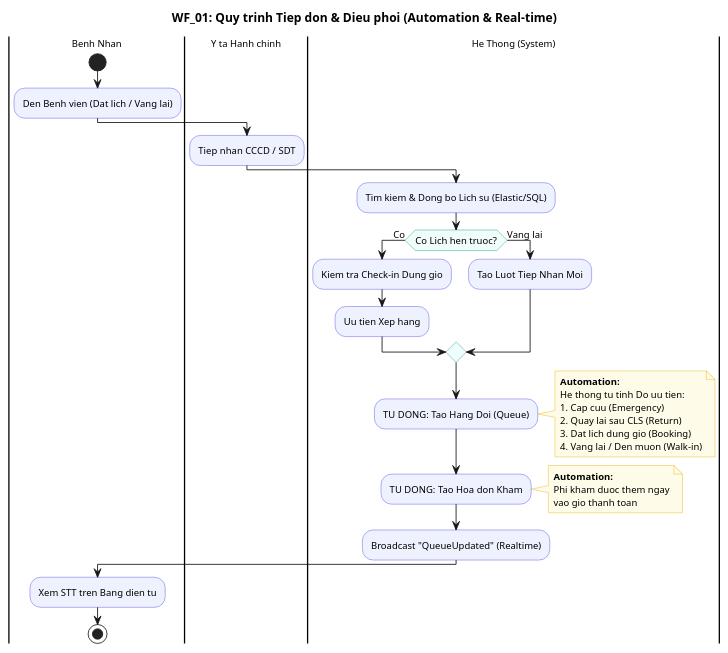
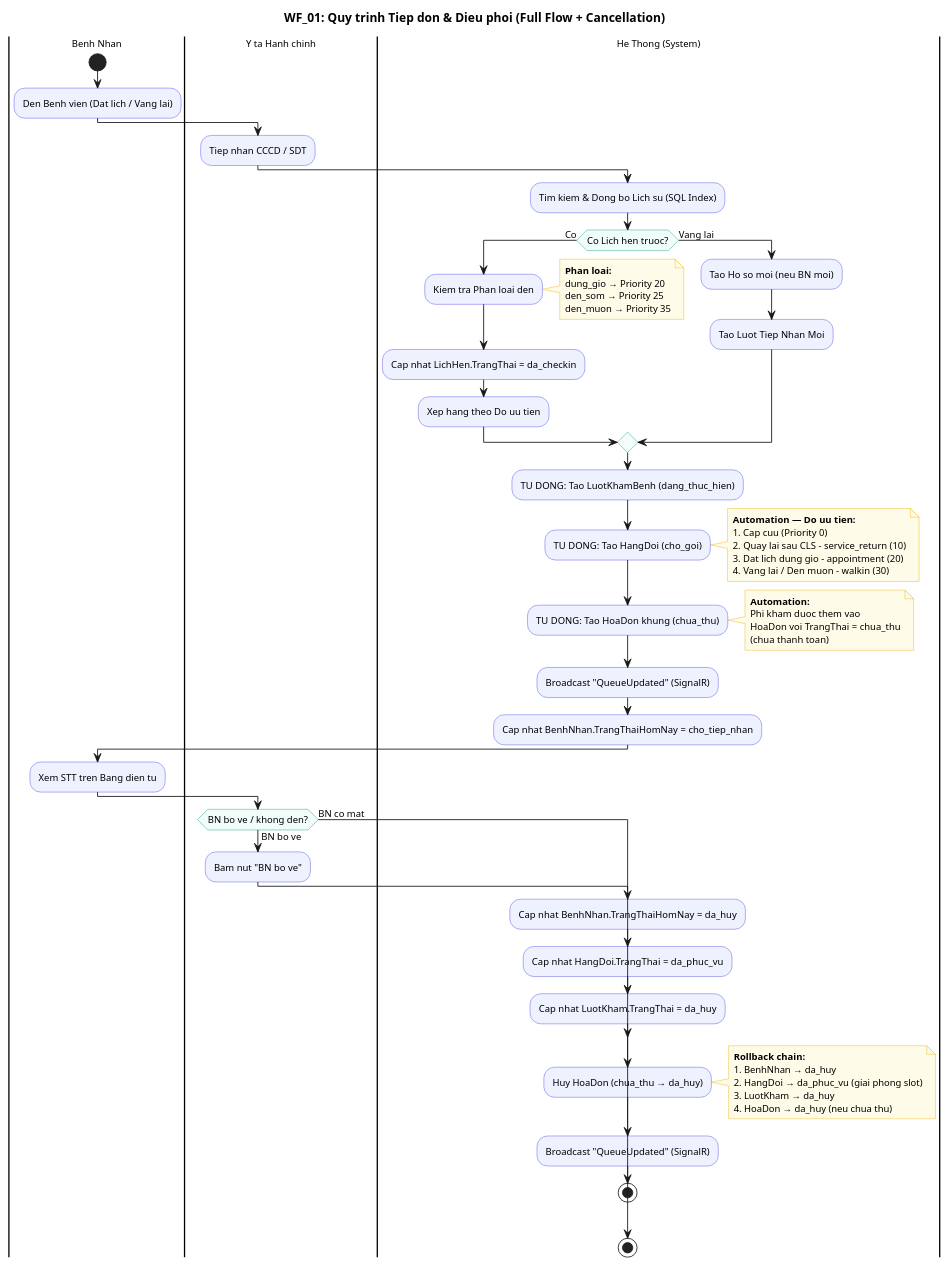
The diagram in docs/uml/workflow/WF_01_Reception.puml (thehoang-x-five/HealthCare), drawn with PlantUML before and after one commit. The commit also changed 41 other files, not shown here.

```diff
--- a/docs/uml/workflow/WF_01_Reception.puml
+++ b/docs/uml/workflow/WF_01_Reception.puml
@@ -1,60 +1,93 @@
 @startuml WF_01_Reception
 ' ===========================
 ' WF_01: QUY TRINH TIEP DON & DIEU PHOI
+' Bao gom: Happy path + Huy/BN bo ve
 ' ===========================
 skinparam backgroundColor #FFFFFF
 skinparam defaultFontName "Segoe UI"
 skinparam defaultFontSize 11
 skinparam linetype ortho
 
 skinparam activityBackgroundColor #EEF2FF
 skinparam activityBorderColor #4F46E5
 skinparam activityDiamondBackgroundColor #F0FDFA
 skinparam activityDiamondBorderColor #0D9488
 skinparam noteBackgroundColor #FEFCE8
 skinparam noteBorderColor #EAB308
 
-title WF_01: Quy trinh Tiep don & Dieu phoi (Automation & Real-time)
+title WF_01: Quy trinh Tiep don & Dieu phoi (Full Flow + Cancellation)
 
 |Benh Nhan|
 start
 :Den Benh vien (Dat lich / Vang lai);
 
 |Y ta Hanh chinh|
 :Tiep nhan CCCD / SDT;
 
 |He Thong (System)|
-:Tim kiem & Dong bo Lich su (Elastic/SQL);
+:Tim kiem & Dong bo Lich su (SQL Index);
 
 if (Co Lich hen truoc?) then (Co)
-  :Kiem tra Check-in Dung gio;
-  :Uu tien Xep hang;
+  :Kiem tra Phan loai den;
+  note right
+    **Phan loai:**
+    dung_gio → Priority 20
+    den_som → Priority 25
+    den_muon → Priority 35
+  end note
+  :Cap nhat LichHen.TrangThai = da_checkin;
+  :Xep hang theo Do uu tien;
 else (Vang lai)
+  :Tao Ho so moi (neu BN moi);
   :Tao Luot Tiep Nhan Moi;
 endif
 
-:TU DONG: Tao Hang Doi (Queue);
+:TU DONG: Tao LuotKhamBenh (dang_thuc_hien);
+:TU DONG: Tao HangDoi (cho_goi);
+note right
+  **Automation — Do uu tien:**
+  1. Cap cuu (Priority 0)
+  2. Quay lai sau CLS - service_return (10)
+  3. Dat lich dung gio - appointment (20)
+  4. Vang lai / Den muon - walkin (30)
+end note
+
+:TU DONG: Tao HoaDon khung (chua_thu);
 note right
   **Automation:**
-  He thong tu tinh Do uu tien:
-  1. Cap cuu (Emergency)
-  2. Quay lai sau CLS (Return)
-  3. Dat lich dung gio (Booking)
-  4. Vang lai / Den muon (Walk-in)
+  Phi kham duoc them vao
+  HoaDon voi TrangThai = chua_thu
+  (chua thanh toan)
 end note
 
-:TU DONG: Tao Hoa don Kham;
-note right
-  **Automation:**
-  Phi kham duoc them ngay
-  vao gio thanh toan
-end note
-
-:Broadcast "QueueUpdated" (Realtime);
+:Broadcast "QueueUpdated" (SignalR);
+:Cap nhat BenhNhan.TrangThaiHomNay = cho_tiep_nhan;
 
 |Benh Nhan|
 :Xem STT tren Bang dien tu;
 
+' === Kiem tra BN co mat ===
+|Y ta Hanh chinh|
+if (BN bo ve / khong den?) then (BN bo ve)
+  :Bam nut "BN bo ve";
+  
+  |He Thong (System)|
+  :Cap nhat BenhNhan.TrangThaiHomNay = da_huy;
+  :Cap nhat HangDoi.TrangThai = da_phuc_vu;
+  :Cap nhat LuotKham.TrangThai = da_huy;
+  :Huy HoaDon (chua_thu → da_huy);
+  note right
+    **Rollback chain:**
+    1. BenhNhan → da_huy
+    2. HangDoi → da_phuc_vu (giai phong slot)
+    3. LuotKham → da_huy
+    4. HoaDon → da_huy (neu chua thu)
+  end note
+  :Broadcast "QueueUpdated" (SignalR);
+  stop
+else (BN co mat)
+endif
+
 stop
 
 @enduml
```
